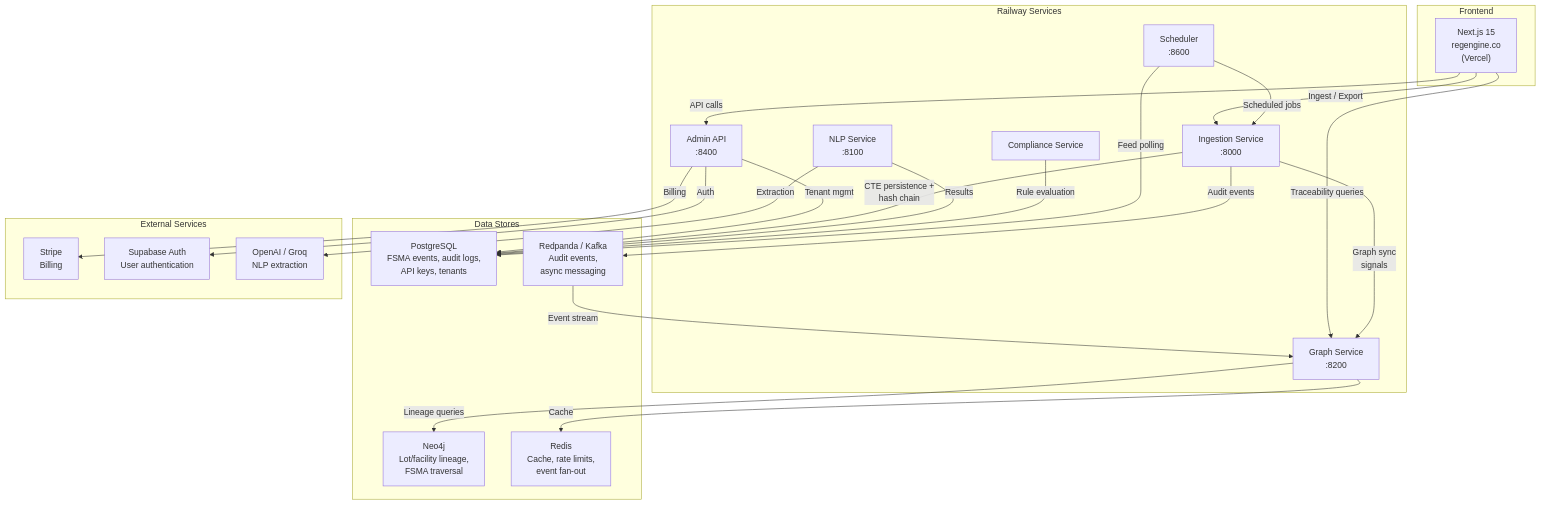
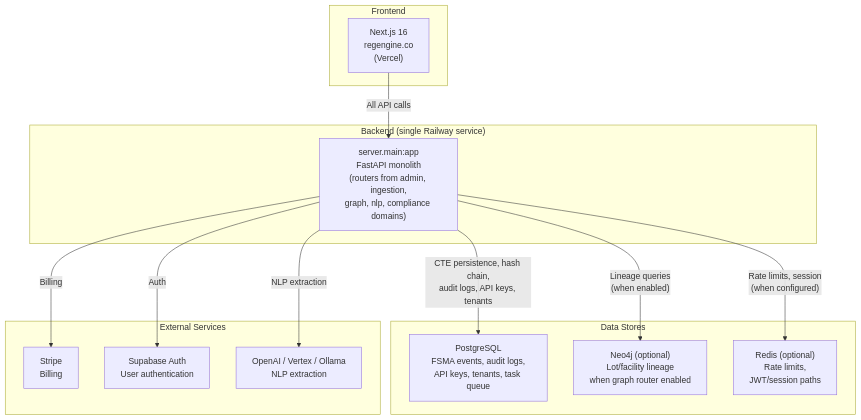
Before and after one commit to regengine/RegEngine: the diagram in docs/architecture/ARCHITECTURE.md, drawn with Mermaid. The commit also changed other lines of this file and 1 other file, not shown here.

First line of the commit message:
docs(arch): refresh both ARCHITECTURE.md files to monolith reality

````diff
--- a/docs/architecture/ARCHITECTURE.md
+++ b/docs/architecture/ARCHITECTURE.md
@@ -22,53 +24,32 @@
 ```mermaid
 graph TB
     subgraph "Frontend"
-        FE["Next.js 15<br/>regengine.co<br/>(Vercel)"]
+        FE["Next.js 16<br/>regengine.co<br/>(Vercel)"]
     end
 
-    subgraph "Railway Services"
-        ADMIN["Admin API<br/>:8400"]
-        INGEST["Ingestion Service<br/>:8000"]
-        GRAPH["Graph Service<br/>:8200"]
-        NLP["NLP Service<br/>:8100"]
-        COMPLIANCE["Compliance Service"]
-        SCHED["Scheduler<br/>:8600"]
+    subgraph "Backend (single Railway service)"
+        MONOLITH["server.main:app<br/>FastAPI monolith<br/>(routers from admin, ingestion,<br/>graph, nlp, compliance domains)"]
     end
 
     subgraph "Data Stores"
-        PG["PostgreSQL<br/>FSMA events, audit logs,<br/>API keys, tenants"]
-        NEO["Neo4j<br/>Lot/facility lineage,<br/>FSMA traversal"]
-        REDIS["Redis<br/>Cache, rate limits,<br/>event fan-out"]
-        RP["Redpanda / Kafka<br/>Audit events,<br/>async messaging"]
+        PG["PostgreSQL<br/>FSMA events, audit logs,<br/>API keys, tenants, task queue"]
+        NEO["Neo4j (optional)<br/>Lot/facility lineage<br/>when graph router enabled"]
+        REDIS["Redis (optional)<br/>Rate limits,<br/>JWT/session paths"]
     end
 
     subgraph "External Services"
         STRIPE["Stripe<br/>Billing"]
         SUPA["Supabase Auth<br/>User authentication"]
-        AI["OpenAI / Groq<br/>NLP extraction"]
+        AI["OpenAI / Vertex / Ollama<br/>NLP extraction"]
     end
 
-    FE -->|"API calls"| ADMIN
-    FE -->|"Ingest / Export"| INGEST
-    FE -->|"Traceability queries"| GRAPH
+    FE -->|"All API calls"| MONOLITH
 
-    ADMIN -->|"Tenant mgmt"| PG
-    ADMIN -->|"Billing"| STRIPE
-    ADMIN -->|"Auth"| SUPA
+    MONOLITH -->|"CTE persistence, hash chain,<br/>audit logs, API keys, tenants"| PG
+    MONOLITH -->|"Lineage queries<br/>(when enabled)"| NEO
+    MONOLITH -->|"Rate limits, session<br/>(when configured)"| REDIS
 
-    INGEST -->|"CTE persistence +<br/>hash chain"| PG
-    INGEST -->|"Audit events"| RP
-    INGEST -->|"Graph sync<br/>signals"| GRAPH
-
-    GRAPH -->|"Lineage queries"| NEO
-    GRAPH -->|"Cache"| REDIS
-
-    NLP -->|"Extraction"| AI
-    NLP -->|"Results"| PG
-
-    COMPLIANCE -->|"Rule evaluation"| PG
-
-    SCHED -->|"Scheduled jobs"| INGEST
-    SCHED -->|"Feed polling"| PG
-
-    RP -->|"Event stream"| GRAPH
+    MONOLITH -->|"Billing"| STRIPE
+    MONOLITH -->|"Auth"| SUPA
+    MONOLITH -->|"NLP extraction"| AI
 ```
````
